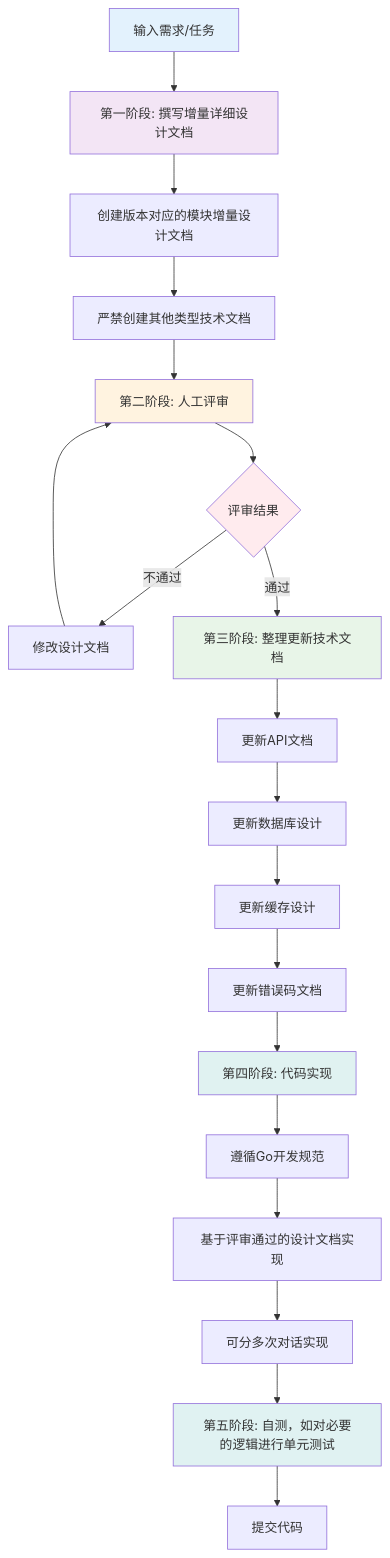
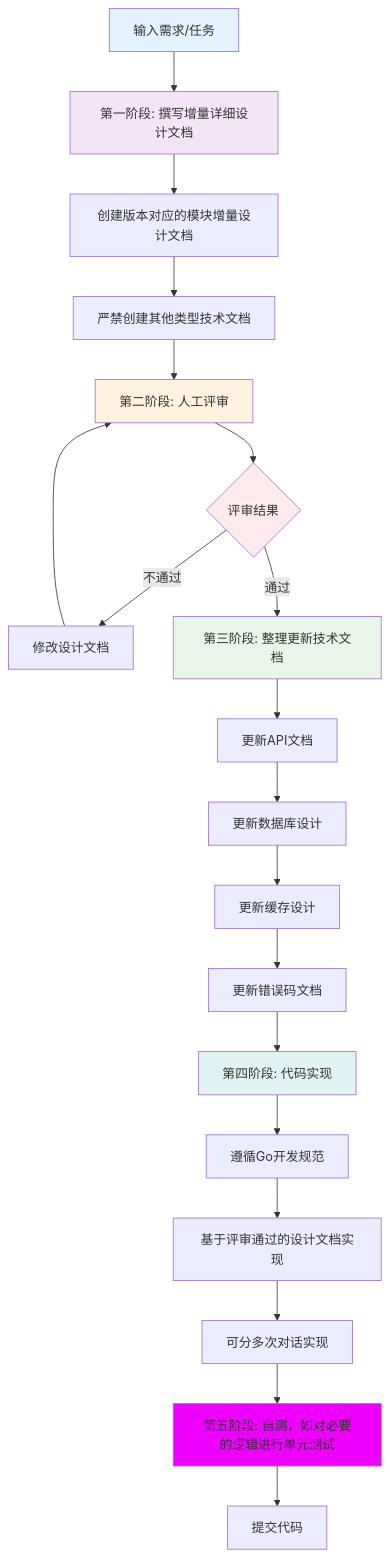
Before and after one commit to yingjianzh/iodraw-files: the diagram in all/未命名-1.md, drawn with Mermaid.

Commit message:
2025-10-22 17:39:29 update

````diff
--- a/all/未命名-1.md
+++ b/all/未命名-1.md
@@ -1,30 +1,30 @@
 ```mermaid
 
 flowchart TD
     A[输入需求/任务] --> B[第一阶段: 撰写增量详细设计文档]
     B --> C[创建版本对应的模块增量设计文档]
     C --> D[严禁创建其他类型技术文档]
     D --> E[第二阶段: 人工评审]
     E --> F{评审结果}
     F -->|不通过| G[修改设计文档]
     G --> E
     F -->|通过| H[第三阶段: 整理更新技术文档]
     H --> I[更新API文档]
     I --> J[更新数据库设计]
     J --> K[更新缓存设计]
     K --> L[更新错误码文档]
     L --> M[第四阶段: 代码实现]
     M --> N[遵循Go开发规范]
     N --> O[基于评审通过的设计文档实现]
     O --> P[可分多次对话实现]
     P --> R[第五阶段: 自测，如对必要的逻辑进行单元测试]
     R --> S[提交代码]
     
     style A fill:#e3f2fd
     style B fill:#f3e5f5
     style E fill:#fff3e0
     style F fill:#ffebee
     style H fill:#e8f5e8
     style M fill:#e0f2f1
-    style R fill:#e0f2f2
+    style R fill:#e0f
 ```
````
